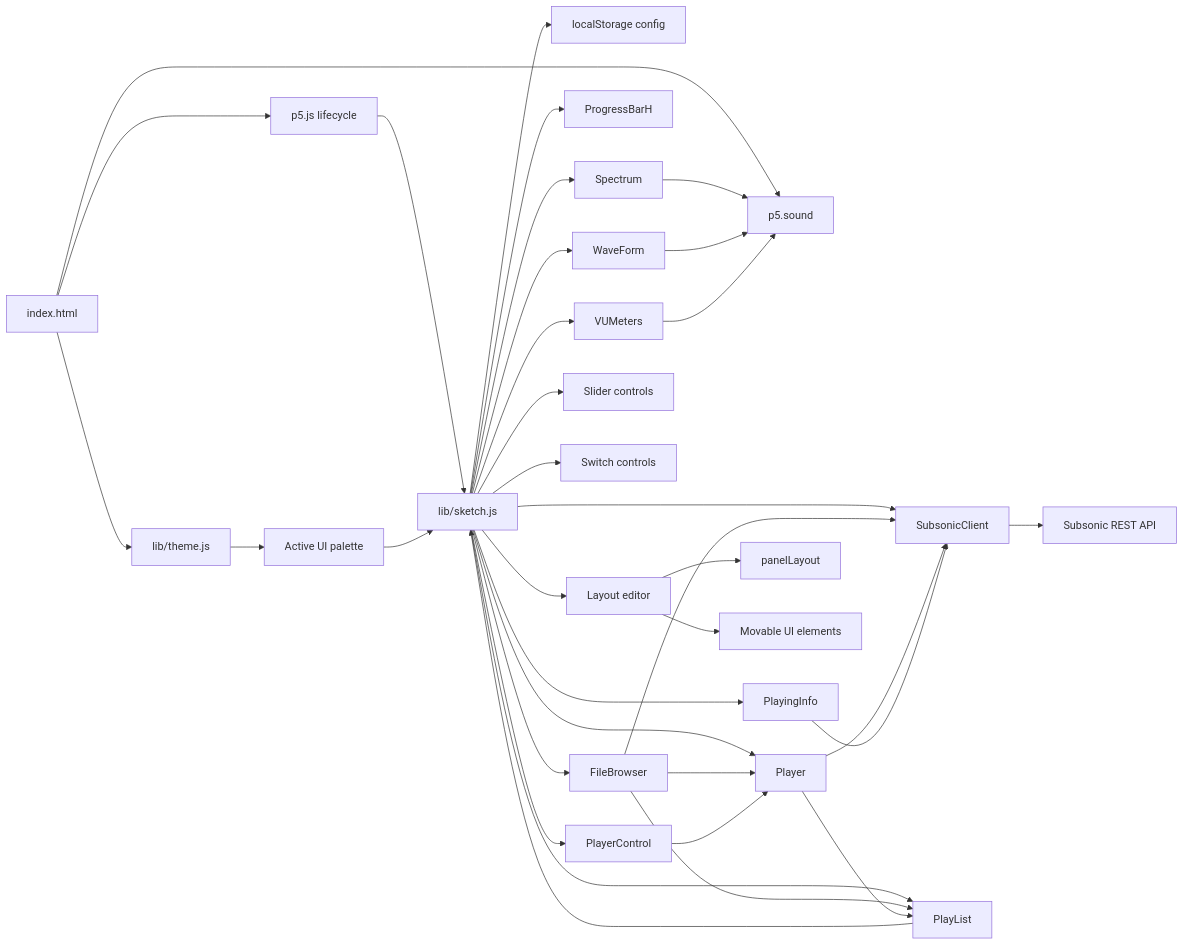
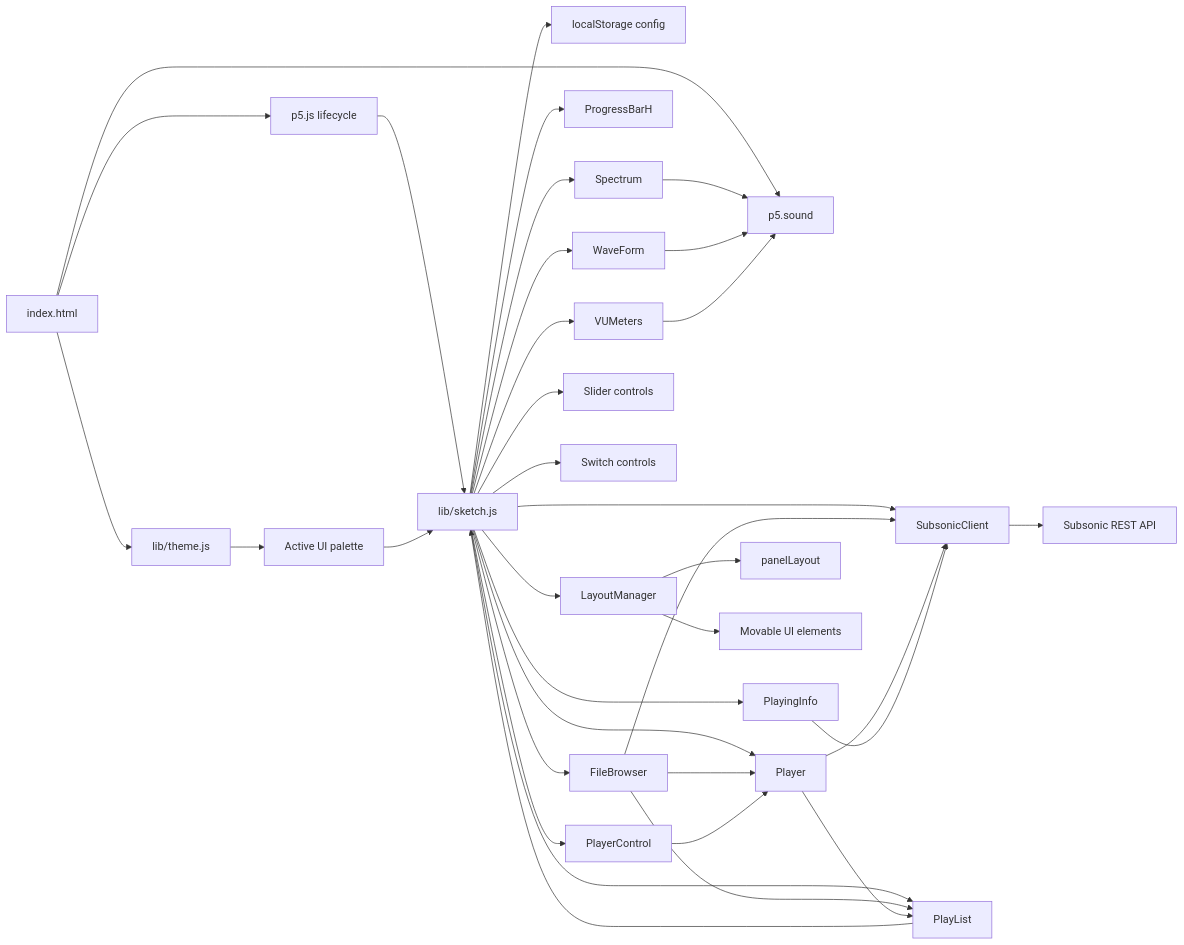
One commit to Leorivasc/neon_deck changed the first of 11 diagrams in doc/diagrams.md. Above: the diagram before and after it, drawn with Mermaid. The commit also changed 6 other files, not shown here.

````diff
--- a/doc/diagrams.md
+++ b/doc/diagrams.md
@@ -7,39 +7,39 @@
 ```mermaid
 flowchart LR
     HTML[index.html] --> P5[p5.js lifecycle]
     HTML --> Sound[p5.sound]
     HTML --> Theme[lib/theme.js]
     P5 --> Sketch[lib/sketch.js]
 
     Theme --> UI[Active UI palette]
     UI --> Sketch
     Sketch --> Config[localStorage config]
     Sketch --> Client[SubsonicClient]
     Sketch --> Browser[FileBrowser]
     Sketch --> Queue[PlayList]
     Sketch --> Info[PlayingInfo]
     Sketch --> Progress[ProgressBarH]
     Sketch --> Spectrum[Spectrum]
     Sketch --> Waveform[WaveForm]
     Sketch --> VUMeters[VUMeters]
     Sketch --> Sliders[Slider controls]
     Sketch --> Switches[Switch controls]
     Sketch --> PlayerControl[PlayerControl]
-    Sketch --> Layout[Layout editor]
+    Sketch --> Layout[LayoutManager]
     Sketch --> Player[Player]
 
     Client --> Server[Subsonic REST API]
     Browser --> Client
     Browser --> Queue
     Browser --> Player
     Player --> Queue
     Player --> Client
     PlayerControl --> Player
     Queue --> Sketch
     Info --> Client
     Spectrum --> Sound
     Waveform --> Sound
     VUMeters --> Sound
     Layout --> Panels[panelLayout]
     Layout --> Movables[Movable UI elements]
 ```
````
